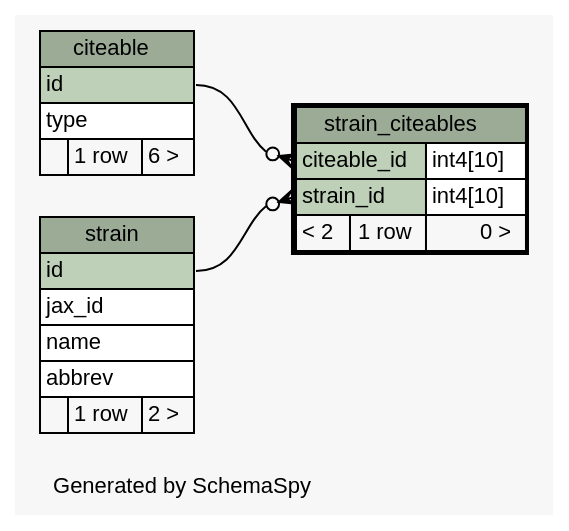
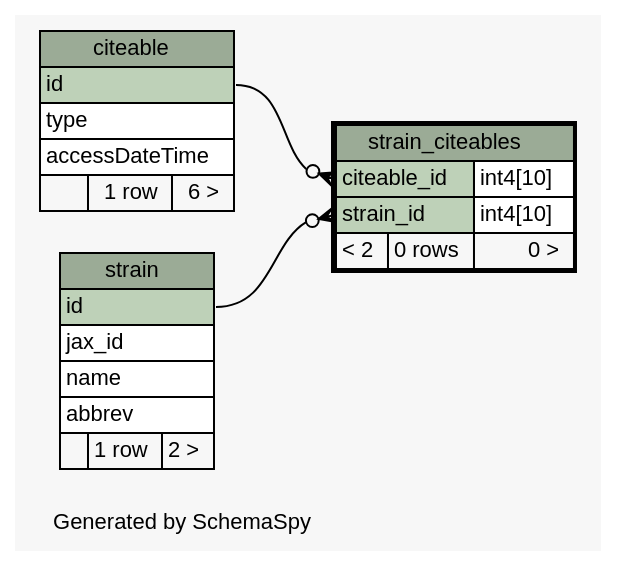
Before and after one commit to tgbugs/mlab: the diagram in database/ss/diagrams/strain_citeables.1degree.dot, drawn with Graphviz. The commit also changed 185 other files, not shown here.

```diff
--- a/database/ss/diagrams/strain_citeables.1degree.dot
+++ b/database/ss/diagrams/strain_citeables.1degree.dot
@@ -1,59 +1,60 @@
 // dot 2.34.0 on Windows 7 6.1
 // SchemaSpy rev 590
 digraph "oneDegreeRelationshipsDiagram" {
   graph [
     rankdir="RL"
     bgcolor="#f7f7f7"
     label="\nGenerated by SchemaSpy"
     labeljust="l"
     nodesep="0.18"
     ranksep="0.46"
     fontname="Helvetica"
     fontsize="11"
   ];
   node [
     fontname="Helvetica"
     fontsize="11"
     shape="plaintext"
   ];
   edge [
     arrowsize="0.8"
   ];
   "strain_citeables":"citeable_id":w -> "citeable":"id":e [arrowhead=none dir=back arrowtail=crowodot];
   "strain_citeables":"strain_id":w -> "strain":"id":e [arrowhead=none dir=back arrowtail=crowodot];
   "citeable" [
     label=<
     <TABLE BORDER="0" CELLBORDER="1" CELLSPACING="0" BGCOLOR="#ffffff">
       <TR><TD COLSPAN="3" BGCOLOR="#9bab96" ALIGN="CENTER">citeable</TD></TR>
       <TR><TD PORT="id" COLSPAN="3" BGCOLOR="#bed1b8" ALIGN="LEFT">id</TD></TR>
       <TR><TD PORT="type" COLSPAN="3" ALIGN="LEFT">type</TD></TR>
+      <TR><TD PORT="accessDateTime" COLSPAN="3" ALIGN="LEFT">accessDateTime</TD></TR>
       <TR><TD ALIGN="LEFT" BGCOLOR="#f7f7f7">  </TD><TD ALIGN="RIGHT" BGCOLOR="#f7f7f7">1 row</TD><TD ALIGN="RIGHT" BGCOLOR="#f7f7f7">6 &gt;</TD></TR>
     </TABLE>>
     URL="citeable.html"
     tooltip="citeable"
   ];
   "strain" [
     label=<
     <TABLE BORDER="0" CELLBORDER="1" CELLSPACING="0" BGCOLOR="#ffffff">
       <TR><TD COLSPAN="3" BGCOLOR="#9bab96" ALIGN="CENTER">strain</TD></TR>
       <TR><TD PORT="id" COLSPAN="3" BGCOLOR="#bed1b8" ALIGN="LEFT">id</TD></TR>
       <TR><TD PORT="jax_id" COLSPAN="3" ALIGN="LEFT">jax_id</TD></TR>
       <TR><TD PORT="name" COLSPAN="3" ALIGN="LEFT">name</TD></TR>
       <TR><TD PORT="abbrev" COLSPAN="3" ALIGN="LEFT">abbrev</TD></TR>
       <TR><TD ALIGN="LEFT" BGCOLOR="#f7f7f7">  </TD><TD ALIGN="RIGHT" BGCOLOR="#f7f7f7">1 row</TD><TD ALIGN="RIGHT" BGCOLOR="#f7f7f7">2 &gt;</TD></TR>
     </TABLE>>
     URL="strain.html"
     tooltip="strain"
   ];
   "strain_citeables" [
     label=<
     <TABLE BORDER="2" CELLBORDER="1" CELLSPACING="0" BGCOLOR="#ffffff">
       <TR><TD COLSPAN="3" BGCOLOR="#9bab96" ALIGN="CENTER">strain_citeables</TD></TR>
       <TR><TD PORT="citeable_id" COLSPAN="2" BGCOLOR="#bed1b8" ALIGN="LEFT">citeable_id</TD><TD PORT="citeable_id.type" ALIGN="LEFT">int4[10]</TD></TR>
       <TR><TD PORT="strain_id" COLSPAN="2" BGCOLOR="#bed1b8" ALIGN="LEFT">strain_id</TD><TD PORT="strain_id.type" ALIGN="LEFT">int4[10]</TD></TR>
-      <TR><TD ALIGN="LEFT" BGCOLOR="#f7f7f7">&lt; 2</TD><TD ALIGN="RIGHT" BGCOLOR="#f7f7f7">1 row</TD><TD ALIGN="RIGHT" BGCOLOR="#f7f7f7">0 &gt;</TD></TR>
+      <TR><TD ALIGN="LEFT" BGCOLOR="#f7f7f7">&lt; 2</TD><TD ALIGN="RIGHT" BGCOLOR="#f7f7f7">0 rows</TD><TD ALIGN="RIGHT" BGCOLOR="#f7f7f7">0 &gt;</TD></TR>
     </TABLE>>
     URL="strain_citeables.html"
     tooltip="strain_citeables"
   ];
 }
```
